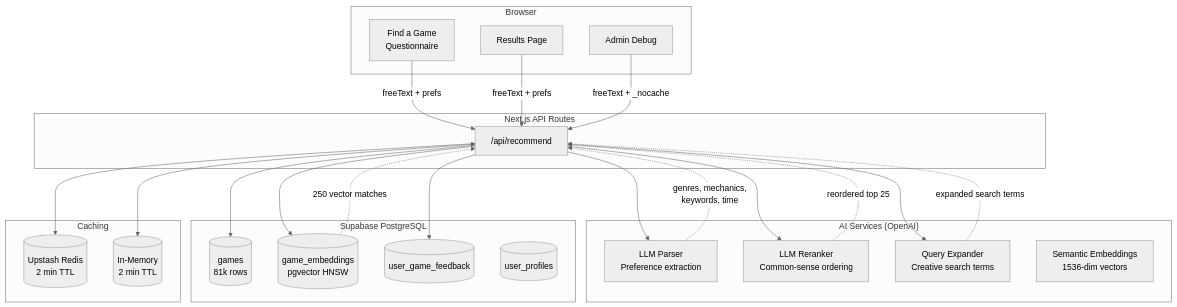
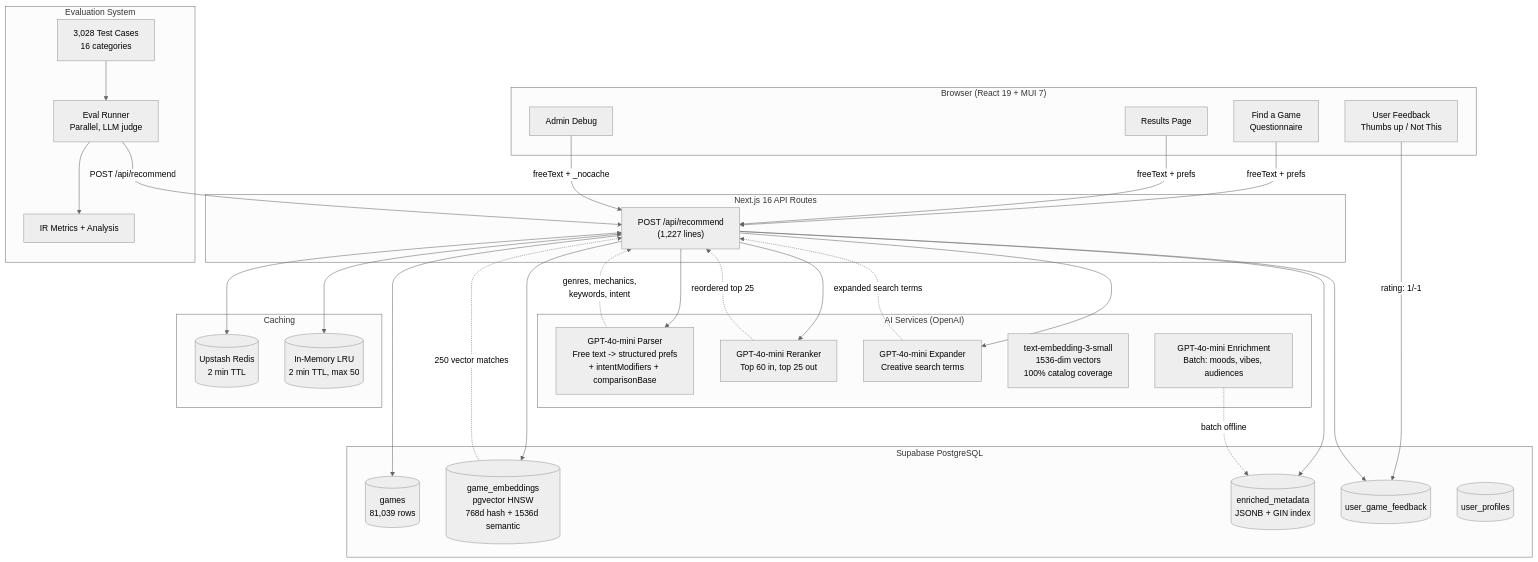
Before and after one commit to stopitdan/recommendagame: the first of 7 diagrams in docs/ARCHITECTURE.md, drawn with Mermaid (neutral theme). The commit also changed other lines of this file and 5 other files, not shown here.

````diff
--- a/docs/ARCHITECTURE.md
+++ b/docs/ARCHITECTURE.md
@@ -9,50 +11,66 @@
 ```mermaid
 graph TB
-    subgraph Client["Browser"]
-        QF[Find a Game<br/>Questionnaire]
-        RV[Results Page]
-        AD[Admin Debug]
+    subgraph Client["Browser (React 19 + MUI 7)"]
+        QF["Find a Game<br/>Questionnaire"]
+        RV["Results Page"]
+        FB["User Feedback<br/>Thumbs up / Not This"]
+        AD["Admin Debug"]
     end
 
-    subgraph API["Next.js API Routes"]
-        REC["/api/recommend"]
+    subgraph API["Next.js 16 API Routes"]
+        REC["POST /api/recommend<br/>(1,227 lines)"]
     end
 
     subgraph AI["AI Services (OpenAI)"]
-        LLM_PARSE["LLM Parser<br/>Preference extraction"]
-        LLM_RERANK["LLM Reranker<br/>Common-sense ordering"]
-        LLM_EXPAND["Query Expander<br/>Creative search terms"]
-        EMBED["Semantic Embeddings<br/>1536-dim vectors"]
+        LLM_PARSE["GPT-4o-mini Parser<br/>Free text -> structured prefs<br/>+ intentModifiers + comparisonBase"]
+        LLM_RERANK["GPT-4o-mini Reranker<br/>Top 60 in, top 25 out"]
+        LLM_EXPAND["GPT-4o-mini Expander<br/>Creative search terms"]
+        EMBED["text-embedding-3-small<br/>1536-dim vectors<br/>100% catalog coverage"]
+        LLM_ENRICH["GPT-4o-mini Enrichment<br/>Batch: moods, vibes, audiences"]
     end
 
     subgraph DB["Supabase PostgreSQL"]
-        GAMES[(games<br/>81k rows)]
-        EMBED_TBL[(game_embeddings<br/>pgvector HNSW)]
-        FEEDBACK[(user_game_feedback)]
-        PROFILES[(user_profiles)]
+        GAMES[("games<br/>81,039 rows")]
+        EMBED_TBL[("game_embeddings<br/>pgvector HNSW<br/>768d hash + 1536d semantic")]
+        META[("enriched_metadata<br/>JSONB + GIN index")]
+        FEEDBACK[("user_game_feedback")]
+        PROFILES[("user_profiles")]
     end
 
     subgraph Cache["Caching"]
         REDIS[("Upstash Redis<br/>2 min TTL")]
-        MEM[("In-Memory<br/>2 min TTL")]
+        MEM[("In-Memory LRU<br/>2 min TTL, max 50")]
     end
 
-    QF -->|freeText + prefs| REC
-    RV -->|freeText + prefs| REC
-    AD -->|freeText + _nocache| REC
+    subgraph Eval["Evaluation System"]
+        CASES["3,028 Test Cases<br/>16 categories"]
+        RUNNER["Eval Runner<br/>Parallel, LLM judge"]
+        METRICS["IR Metrics + Analysis"]
+    end
+
+    QF -->|"freeText + prefs"| REC
+    RV -->|"freeText + prefs"| REC
+    FB -->|"rating: 1/-1"| FEEDBACK
+    AD -->|"freeText + _nocache"| REC
 
     REC --> LLM_PARSE
     REC --> LLM_EXPAND
     REC --> LLM_RERANK
     REC --> EMBED_TBL
     REC --> GAMES
+    REC --> META
     REC --> FEEDBACK
 
-    LLM_PARSE -.->|genres, mechanics,<br/>keywords, time| REC
-    LLM_EXPAND -.->|expanded search terms| REC
-    LLM_RERANK -.->|reordered top 25| REC
-    EMBED_TBL -.->|250 vector matches| REC
+    LLM_PARSE -.->|"genres, mechanics,<br/>keywords, intent"| REC
+    LLM_EXPAND -.->|"expanded search terms"| REC
+    LLM_RERANK -.->|"reordered top 25"| REC
+    EMBED_TBL -.->|"250 vector matches"| REC
+    LLM_ENRICH -.->|"batch offline"| META
 
     REC <--> MEM
     REC <--> REDIS
+
+    CASES --> RUNNER
+    RUNNER -->|"POST /api/recommend"| REC
+    RUNNER --> METRICS
 ```
````
